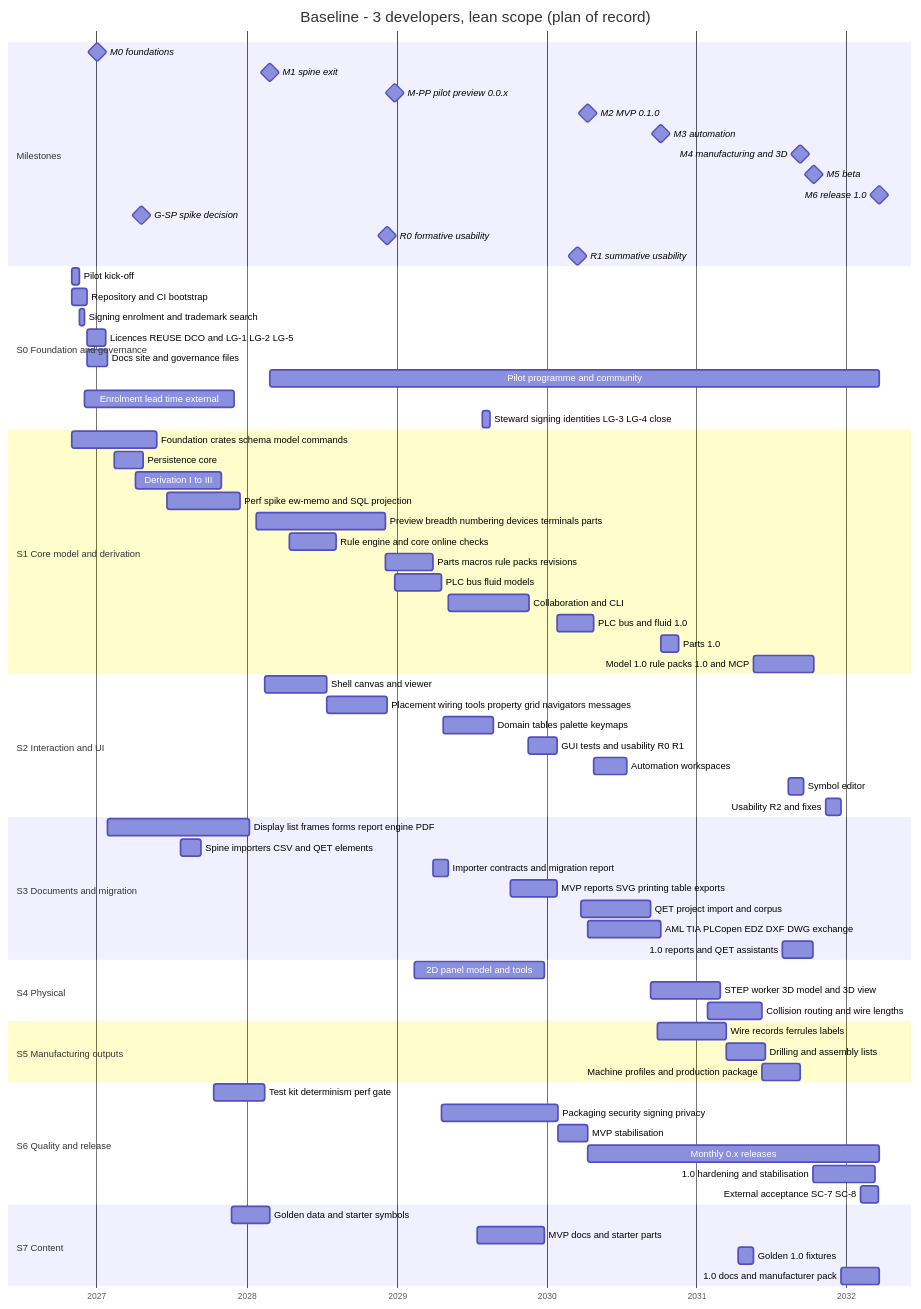
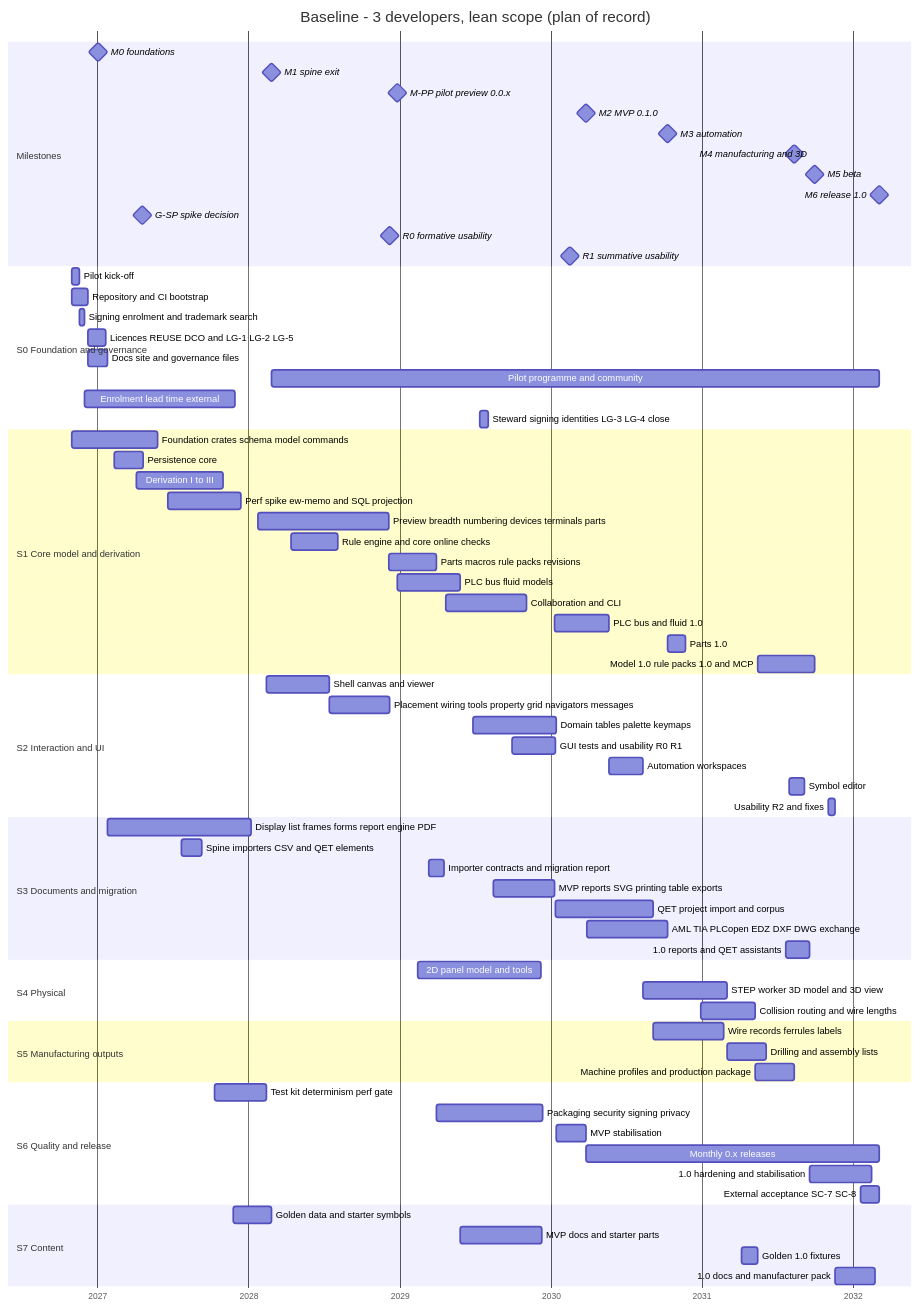
Before and after one commit to Ironkode787/ElektraWatt: the second of 3 diagrams in docs/plan/01-global-plan.md, drawn with Mermaid. The commit also changed other lines of this file and 7 other files, not shown here.

````diff
--- a/docs/plan/01-global-plan.md
+++ b/docs/plan/01-global-plan.md
@@ -881,76 +884,76 @@
 ```mermaid
 gantt
   title Baseline - 3 developers, lean scope (plan of record)
   dateFormat YYYY-MM-DD
   axisFormat %Y
   section Milestones
   M0 foundations :milestone, m0, 2027-01-03, 0d
   M1 spine exit :milestone, m1, 2028-02-27, 0d
   M-PP pilot preview 0.0.x :milestone, m2, 2028-12-27, 0d
-  M2 MVP 0.1.0 :milestone, m3, 2030-04-11, 0d
-  M3 automation :milestone, m4, 2030-10-06, 0d
-  M4 manufacturing and 3D :milestone, m5, 2031-09-11, 0d
-  M5 beta :milestone, m6, 2031-10-14, 0d
-  M6 release 1.0 :milestone, m7, 2032-03-21, 0d
+  M2 MVP 0.1.0 :milestone, m3, 2030-03-26, 0d
+  M3 automation :milestone, m4, 2030-10-09, 0d
+  M4 manufacturing and 3D :milestone, m5, 2031-08-12, 0d
+  M5 beta :milestone, m6, 2031-10-01, 0d
+  M6 release 1.0 :milestone, m7, 2032-03-04, 0d
   G-SP spike decision :milestone, gsp, 2027-04-20, 0d
   R0 formative usability :milestone, r0, 2028-12-08, 0d
-  R1 summative usability :milestone, r1, 2030-03-17, 0d
+  R1 summative usability :milestone, r1, 2030-02-15, 0d
   section S0 Foundation and governance
   Pilot kick-off :t1, 2026-11-01, 2026-11-20
   Repository and CI bootstrap :t2, 2026-11-01, 2026-12-09
   Signing enrolment and trademark search :t3, 2026-11-20, 2026-12-02
   Licences REUSE DCO and LG-1 LG-2 LG-5 :t4, 2026-12-09, 2027-01-23
   Docs site and governance files :t5, 2026-12-09, 2027-01-27
-  Pilot programme and community :t6, 2028-02-27, 2032-03-21
+  Pilot programme and community :t6, 2028-02-27, 2032-03-04
   Enrolment lead time external :t7, 2026-12-02, 2027-12-01
-  Steward signing identities LG-3 LG-4 close :t8, 2029-07-28, 2029-08-16
+  Steward signing identities LG-3 LG-4 close :t8, 2029-07-14, 2029-08-02
   section S1 Core model and derivation
   Foundation crates schema model commands :t9, 2026-11-01, 2027-05-27
   Persistence core :t10, 2027-02-12, 2027-04-23
   Derivation I to III :t11, 2027-04-06, 2027-11-01
   Perf spike ew-memo and SQL projection :t12, 2027-06-21, 2027-12-15
   Preview breadth numbering devices terminals parts :t13, 2028-01-24, 2028-12-05
   Rule engine and core online checks :t14, 2028-04-14, 2028-08-05
   Parts macros rule packs revisions :t15, 2028-12-05, 2029-03-31
-  PLC bus fluid models :t16, 2028-12-27, 2029-04-19
-  Collaboration and CLI :t17, 2029-05-07, 2029-11-18
-  PLC bus and fluid 1.0 :t18, 2030-01-27, 2030-04-26
-  Parts 1.0 :t19, 2030-10-06, 2030-11-19
-  Model 1.0 rule packs 1.0 and MCP :t20, 2031-05-20, 2031-10-14
+  PLC bus fluid models :t16, 2028-12-27, 2029-05-27
+  Collaboration and CLI :t17, 2029-04-23, 2029-11-04
+  PLC bus and fluid 1.0 :t18, 2030-01-09, 2030-05-22
+  Parts 1.0 :t19, 2030-10-09, 2030-11-22
+  Model 1.0 rule packs 1.0 and MCP :t20, 2031-05-15, 2031-10-01
   section S2 Interaction and UI
   Shell canvas and viewer :t21, 2028-02-14, 2028-07-15
   Placement wiring tools property grid navigators messages :t22, 2028-07-15, 2028-12-08
-  Domain tables palette keymaps :t23, 2029-04-23, 2029-08-25
-  GUI tests and usability R0 R1 :t24, 2029-11-16, 2030-01-27
-  Automation workspaces :t25, 2030-04-26, 2030-07-16
-  Symbol editor :t26, 2031-08-13, 2031-09-19
-  Usability R2 and fixes :t27, 2031-11-11, 2031-12-18
+  Domain tables palette keymaps :t23, 2029-06-27, 2030-01-13
+  GUI tests and usability R0 R1 :t24, 2029-09-29, 2030-01-12
+  Automation workspaces :t25, 2030-05-22, 2030-08-12
+  Symbol editor :t26, 2031-07-30, 2031-09-06
+  Usability R2 and fixes :t27, 2031-11-01, 2031-11-18
   section S3 Documents and migration
   Display list frames forms report engine PDF :t28, 2027-01-27, 2028-01-08
   Spine importers CSV and QET elements :t29, 2027-07-23, 2027-09-11
-  Importer contracts and migration report :t30, 2029-03-31, 2029-05-07
-  MVP reports SVG printing table exports :t31, 2029-10-05, 2030-01-27
-  QET project import and corpus :t32, 2030-03-25, 2030-09-11
-  AML TIA PLCopen EDZ DXF DWG exchange :t33, 2030-04-11, 2030-10-06
-  1.0 reports and QET assistants :t34, 2031-07-28, 2031-10-12
+  Importer contracts and migration report :t30, 2029-03-13, 2029-04-19
+  MVP reports SVG printing table exports :t31, 2029-08-16, 2030-01-09
+  QET project import and corpus :t32, 2030-01-12, 2030-09-06
+  AML TIA PLCopen EDZ DXF DWG exchange :t33, 2030-03-28, 2030-10-09
+  1.0 reports and QET assistants :t34, 2031-07-22, 2031-09-17
   section S4 Physical
-  2D panel model and tools :t35, 2029-02-13, 2029-12-26
-  STEP worker 3D model and 3D view :t36, 2030-09-11, 2031-02-27
-  Collision routing and wire lengths :t37, 2031-01-28, 2031-06-09
+  2D panel model and tools :t35, 2029-02-13, 2029-12-08
+  STEP worker 3D model and 3D view :t36, 2030-08-12, 2031-03-02
+  Collision routing and wire lengths :t37, 2030-12-29, 2031-05-10
   section S5 Manufacturing outputs
-  Wire records ferrules labels :t38, 2030-09-27, 2031-03-15
-  Drilling and assembly lists :t39, 2031-03-15, 2031-06-17
-  Machine profiles and production package :t40, 2031-06-09, 2031-09-11
+  Wire records ferrules labels :t38, 2030-09-06, 2031-02-22
+  Drilling and assembly lists :t39, 2031-03-02, 2031-06-04
+  Machine profiles and production package :t40, 2031-05-10, 2031-08-12
   section S6 Quality and release
   Test kit determinism perf gate :t41, 2027-10-12, 2028-02-14
-  Packaging security signing privacy :t42, 2029-04-19, 2030-01-29
-  MVP stabilisation :t43, 2030-01-29, 2030-04-11
-  Monthly 0.x releases :t44, 2030-04-11, 2032-03-21
-  1.0 hardening and stabilisation :t45, 2031-10-12, 2032-03-10
-  External acceptance SC-7 SC-8 :t46, 2032-02-04, 2032-03-19
+  Packaging security signing privacy :t42, 2029-03-31, 2029-12-12
+  MVP stabilisation :t43, 2030-01-13, 2030-03-26
+  Monthly 0.x releases :t44, 2030-03-26, 2032-03-04
+  1.0 hardening and stabilisation :t45, 2031-09-17, 2032-02-14
+  External acceptance SC-7 SC-8 :t46, 2032-01-19, 2032-03-04
   section S7 Content
   Golden data and starter symbols :t47, 2027-11-26, 2028-02-27
-  MVP docs and starter parts :t48, 2029-07-16, 2029-12-26
-  Golden 1.0 fixtures :t49, 2031-04-12, 2031-05-20
-  1.0 docs and manufacturer pack :t50, 2031-12-18, 2032-03-21
+  MVP docs and starter parts :t48, 2029-05-27, 2029-12-11
+  Golden 1.0 fixtures :t49, 2031-04-07, 2031-05-15
+  1.0 docs and manufacturer pack :t50, 2031-11-18, 2032-02-22
 ```
````
